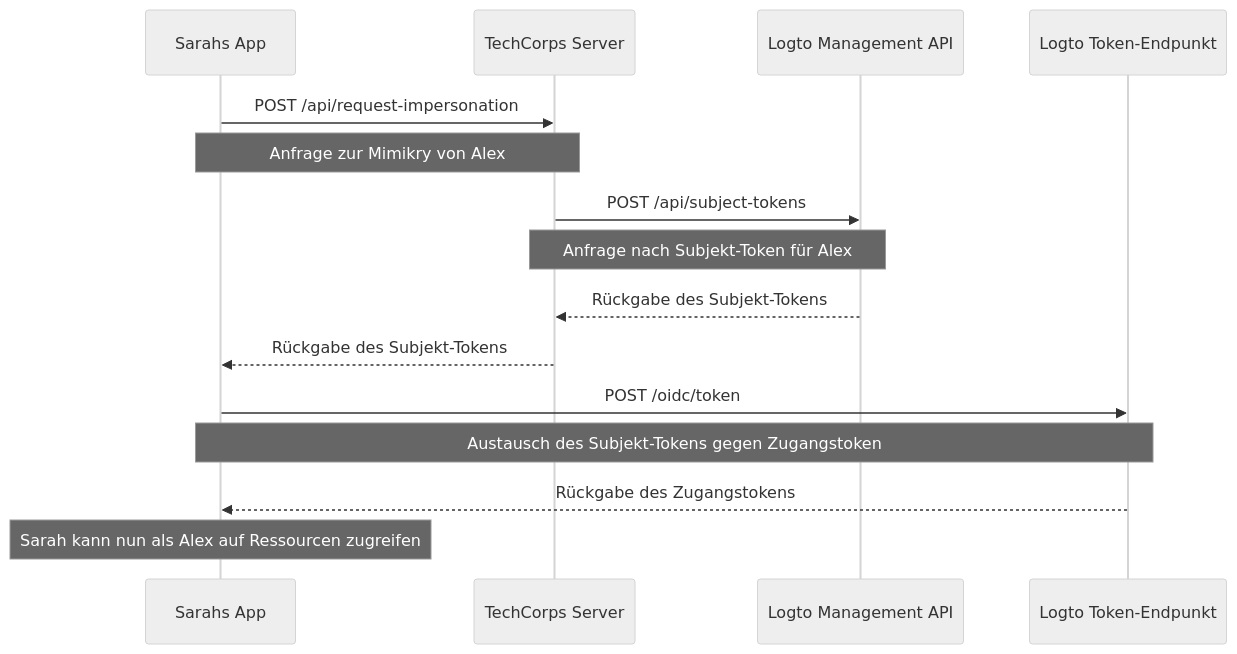
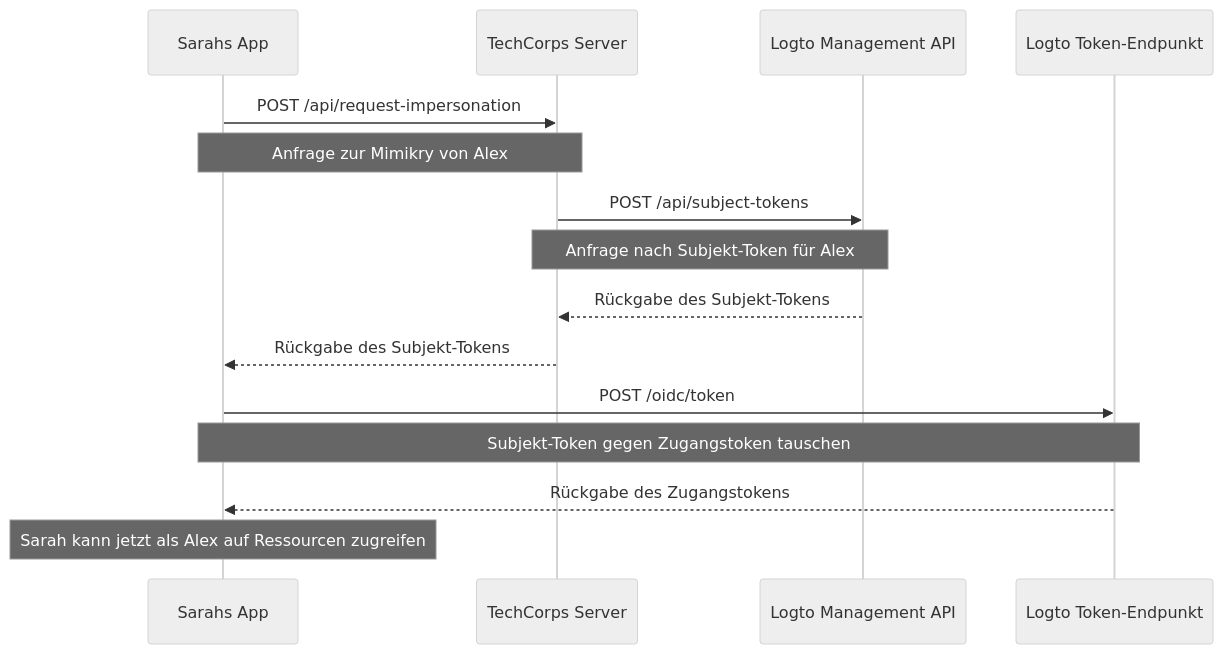
The diagram in i18n/de/docusaurus-plugin-content-docs/current/developers/user-impersonation.mdx (logto-io/docs), drawn with Mermaid (neutral theme) before and after one commit. The commit also changed other lines of this file and 233 other files, not shown here.

````diff
--- a/i18n/de/docusaurus-plugin-content-docs/current/developers/user-impersonation.mdx
+++ b/i18n/de/docusaurus-plugin-content-docs/current/developers/user-impersonation.mdx
@@ -16,22 +16,22 @@
 ```mermaid
 sequenceDiagram
     participant Sarah as Sarahs App
     participant TechCorp as TechCorps Server
     participant Logto as Logto Management API
     participant LogtoToken as Logto Token-Endpunkt
 
     Sarah->>TechCorp: POST /api/request-impersonation
     Note over Sarah,TechCorp: Anfrage zur Mimikry von Alex
 
     TechCorp->>Logto: POST /api/subject-tokens
     Note over TechCorp,Logto: Anfrage nach Subjekt-Token für Alex
 
     Logto-->>TechCorp: Rückgabe des Subjekt-Tokens
     TechCorp-->>Sarah: Rückgabe des Subjekt-Tokens
 
     Sarah->>LogtoToken: POST /oidc/token
-    Note over Sarah,LogtoToken: Austausch des Subjekt-Tokens gegen Zugangstoken
+    Note over Sarah,LogtoToken: Subjekt-Token gegen Zugangstoken tauschen
 
     LogtoToken-->>Sarah: Rückgabe des Zugangstokens
-    Note over Sarah: Sarah kann nun als Alex auf Ressourcen zugreifen
+    Note over Sarah: Sarah kann jetzt als Alex auf Ressourcen zugreifen
 ```
````
